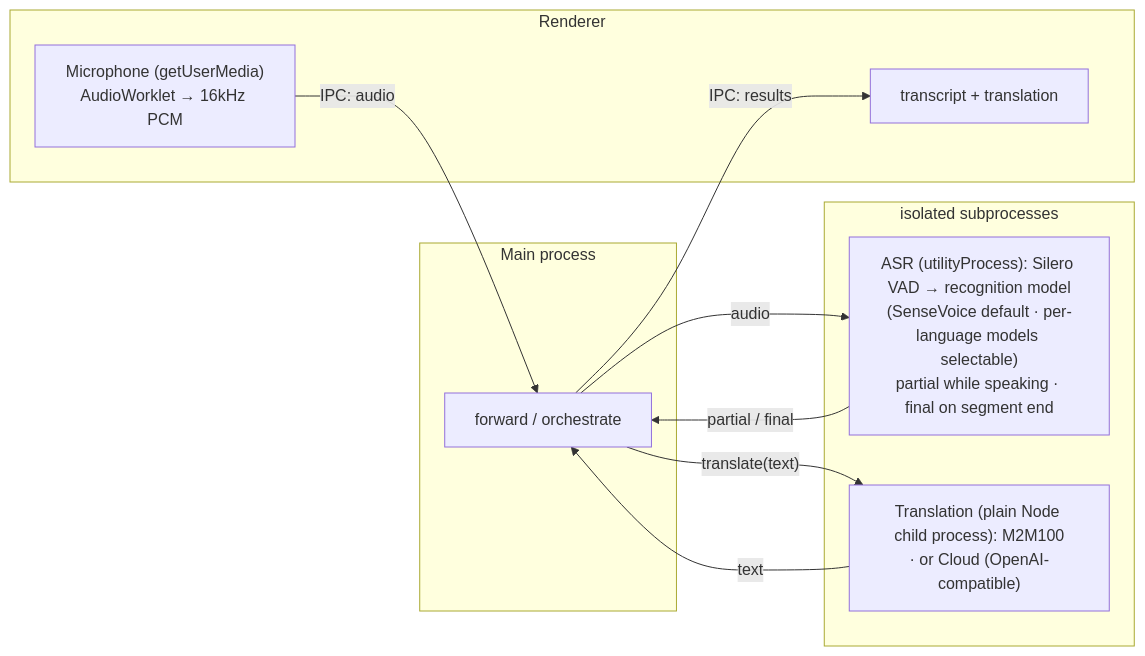
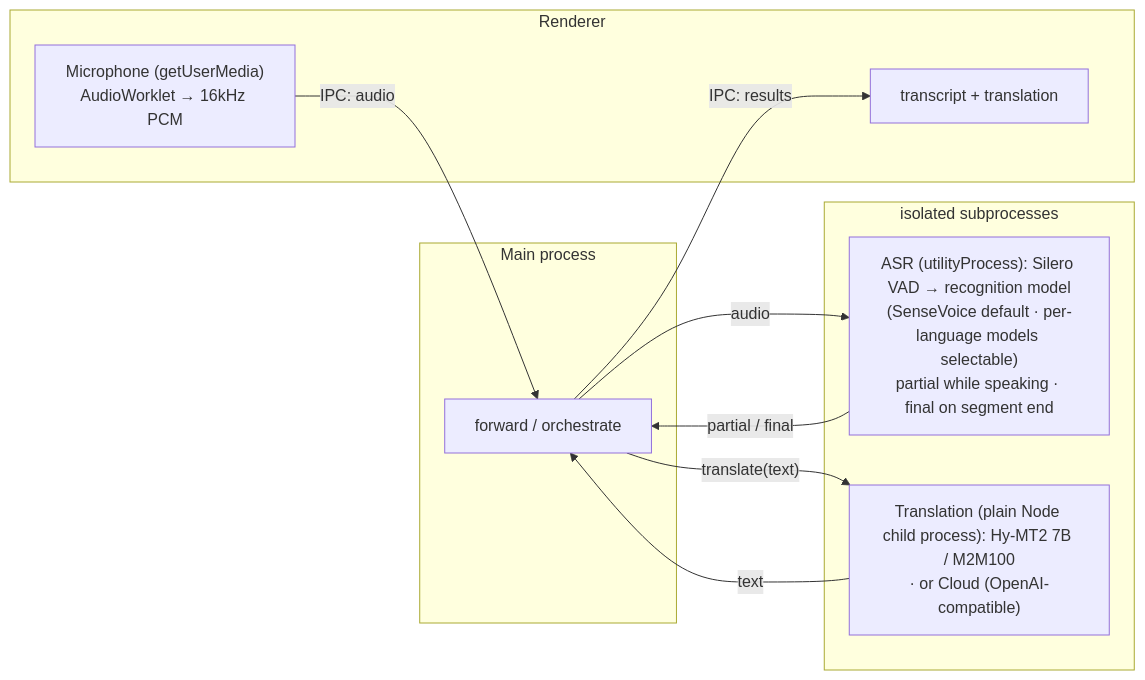
Before and after one commit to sany2ng0226-boop/subline: the diagram in README.md, drawn with Mermaid. The commit also changed other lines of this file and 33 other files, not shown here.

````diff
--- a/README.md
+++ b/README.md
@@ -139,20 +146,20 @@
 ```mermaid
 flowchart LR
   subgraph RENDER["Renderer"]
     MIC["Microphone (getUserMedia)<br/>AudioWorklet → 16kHz PCM"]
     UI["transcript + translation"]
   end
   subgraph MAIN["Main process"]
     HUB["forward / orchestrate"]
   end
   subgraph UTIL["isolated subprocesses"]
     ASR["ASR (utilityProcess): Silero VAD → recognition model<br/>(SenseVoice default · per-language models selectable)<br/>partial while speaking · final on segment end"]
-    TRANS["Translation (plain Node child process): M2M100<br/>· or Cloud (OpenAI-compatible)"]
+    TRANS["Translation (plain Node child process): Hy-MT2 7B / M2M100<br/>· or Cloud (OpenAI-compatible)"]
   end
   MIC -- "IPC: audio" --> HUB
   HUB -- audio --> ASR
   ASR -- "partial / final" --> HUB
   HUB -- "translate(text)" --> TRANS
   TRANS -- text --> HUB
   HUB -- "IPC: results" --> UI
 ```
````
